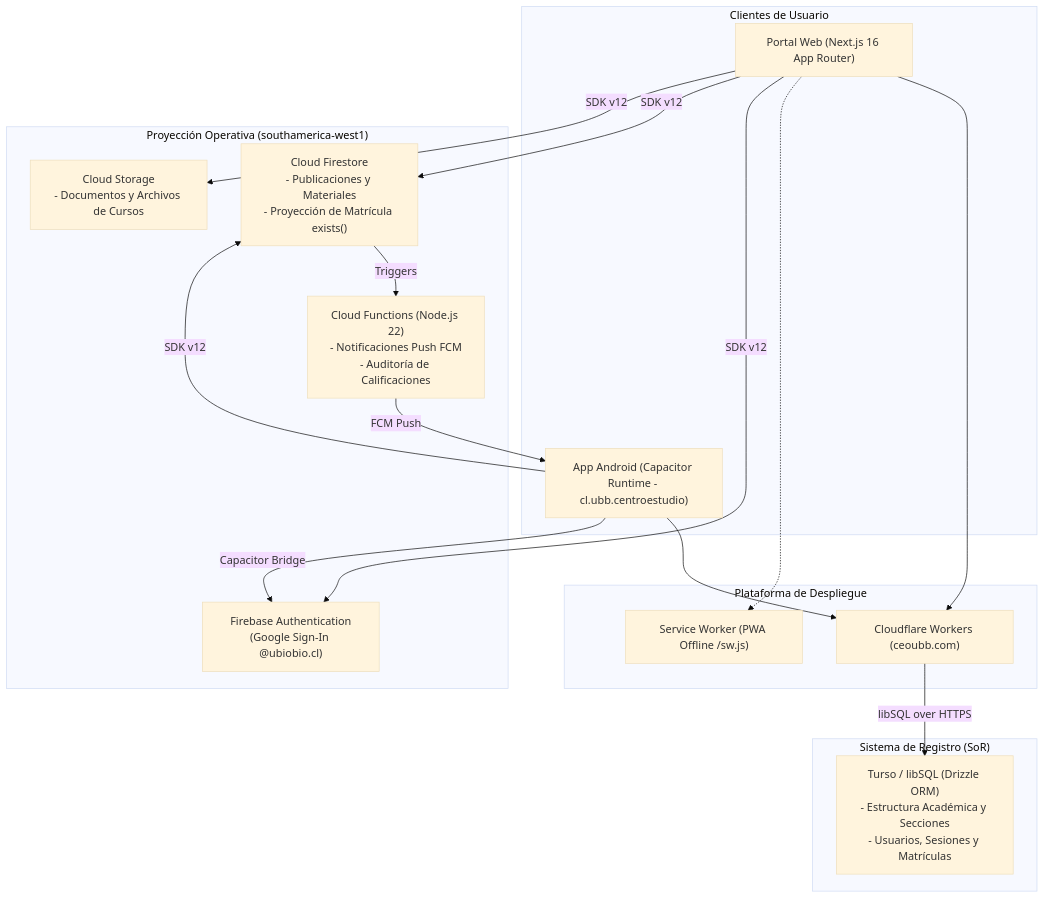
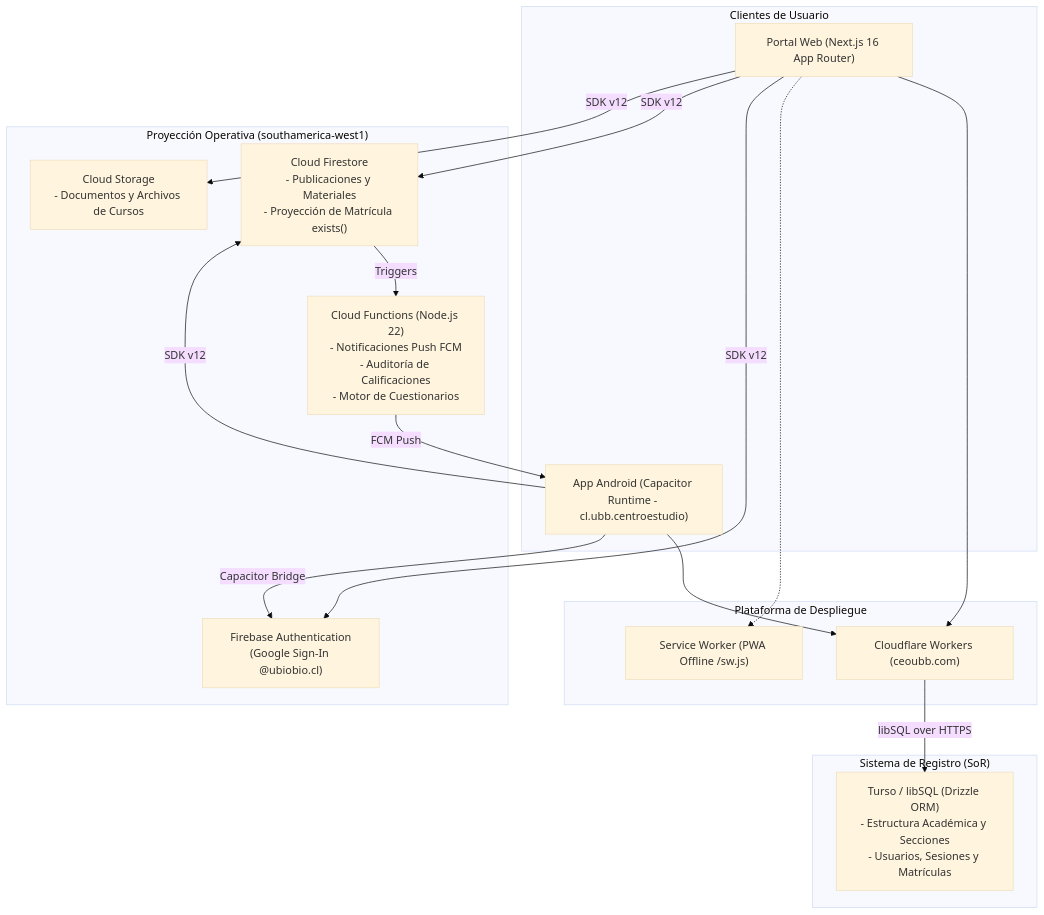
One commit to CEOUBB/CEOUBB changed the diagram in README.md. Above: the diagram before and after it, drawn with Mermaid (base theme). The commit also changed other lines of this file and 1 other file, not shown here.

````diff
--- a/README.md
+++ b/README.md
@@ -42,35 +44,35 @@
 ```mermaid
 flowchart TD
     subgraph Clientes ["Clientes de Usuario"]
         Web["Portal Web (Next.js 16 App Router)"]
         Mobile["App Android (Capacitor Runtime - cl.ubb.centroestudio)"]
     end
 
     subgraph Edge ["Plataforma de Despliegue"]
         Cloudflare["Cloudflare Workers (ceoubb.com)"]
         SW["Service Worker (PWA Offline /sw.js)"]
     end
 
     subgraph SoR ["Sistema de Registro (SoR)"]
         Turso["Turso / libSQL (Drizzle ORM)\n- Estructura Académica y Secciones\n- Usuarios, Sesiones y Matrículas"]
     end
 
     subgraph Cloud ["Proyección Operativa (southamerica-west1)"]
         Auth["Firebase Authentication\n(Google Sign-In @ubiobio.cl)"]
         Firestore["Cloud Firestore\n- Publicaciones y Materiales\n- Proyección de Matrícula exists()"]
         Storage["Cloud Storage\n- Documentos y Archivos de Cursos"]
-        Functions["Cloud Functions (Node.js 22)\n- Notificaciones Push FCM\n- Auditoría de Calificaciones"]
+        Functions["Cloud Functions (Node.js 22)\n- Notificaciones Push FCM\n- Auditoría de Calificaciones\n- Motor de Cuestionarios"]
     end
 
     Web --> Cloudflare
     Mobile --> Cloudflare
     Web -.-> SW
     Cloudflare -->|libSQL over HTTPS| Turso
     Web -->|SDK v12| Auth
     Web -->|SDK v12| Firestore
     Web -->|SDK v12| Storage
     Mobile -->|Capacitor Bridge| Auth
     Mobile -->|SDK v12| Firestore
     Firestore -->|Triggers| Functions
     Functions -->|FCM Push| Mobile
 ```
````
